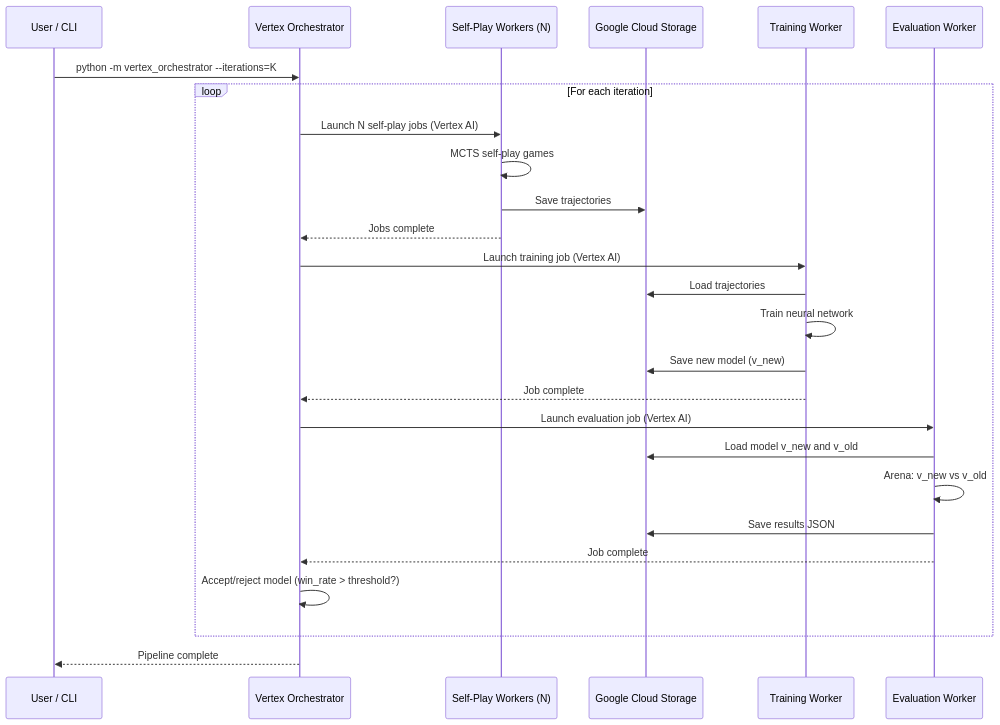
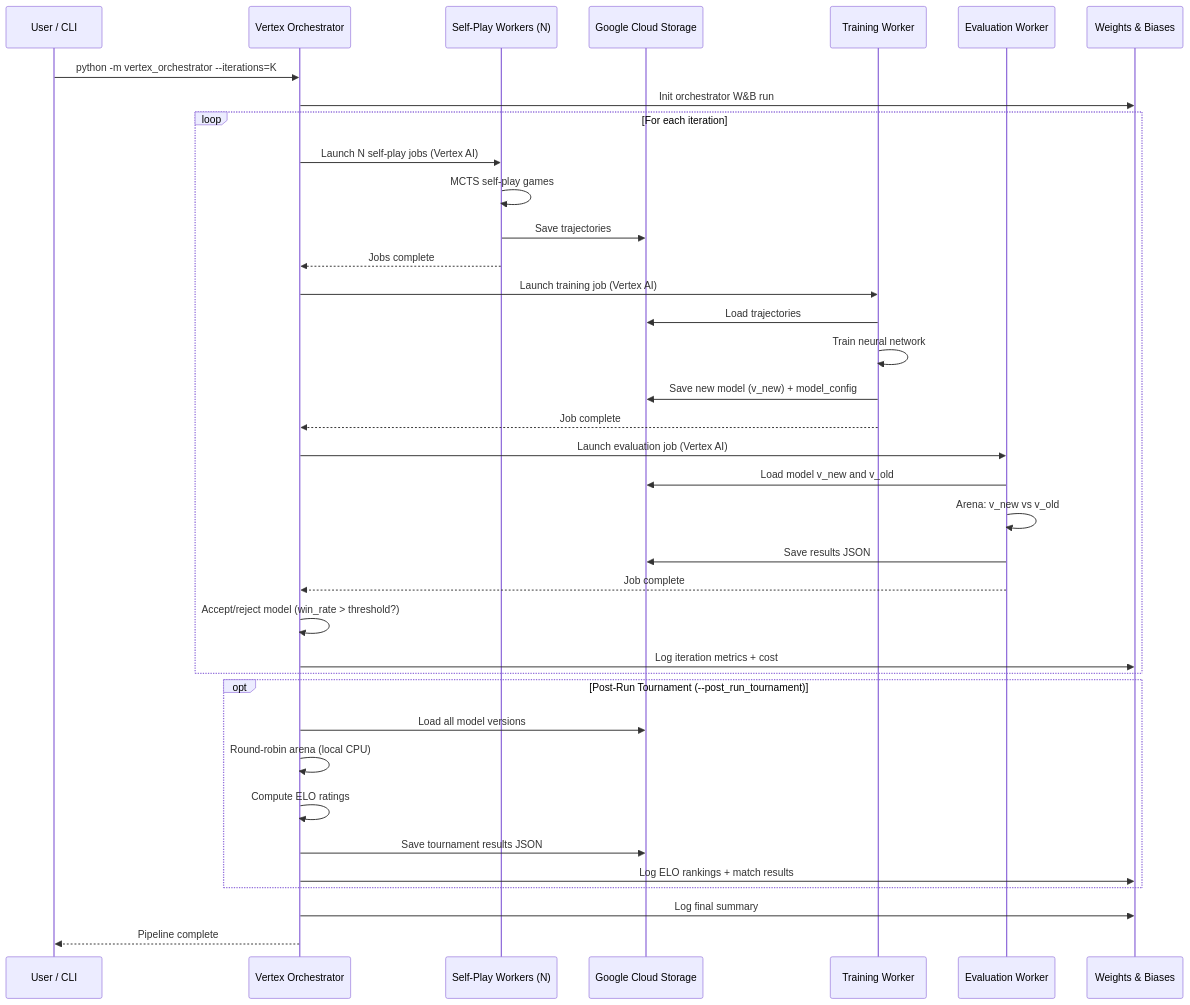
Before and after one commit to Mango-Metrics-NLM/Civ6-AlphaZero: the third of 11 diagrams in docs/architecture.md, drawn with Mermaid. The commit also changed other lines of this file and 19 other files, not shown here.

First line of the commit message:
feat: Phase 13 — Multi-iteration training & post-run evaluation (v0.10.2)

````diff
--- a/docs/architecture.md
+++ b/docs/architecture.md
@@ -120,32 +127,45 @@
 ```mermaid
 sequenceDiagram
     participant U as User / CLI
     participant O as Vertex Orchestrator
     participant SP as Self-Play Workers (N)
     participant GCS as Google Cloud Storage
     participant TR as Training Worker
     participant EV as Evaluation Worker
+    participant WB as Weights & Biases
 
     U->>O: python -m vertex_orchestrator --iterations=K
+    O->>WB: Init orchestrator W&B run
     loop For each iteration
         O->>SP: Launch N self-play jobs (Vertex AI)
         SP->>SP: MCTS self-play games
         SP->>GCS: Save trajectories
         SP-->>O: Jobs complete
 
         O->>TR: Launch training job (Vertex AI)
         TR->>GCS: Load trajectories
         TR->>TR: Train neural network
-        TR->>GCS: Save new model (v_new)
+        TR->>GCS: Save new model (v_new) + model_config
         TR-->>O: Job complete
 
         O->>EV: Launch evaluation job (Vertex AI)
         EV->>GCS: Load model v_new and v_old
         EV->>EV: Arena: v_new vs v_old
         EV->>GCS: Save results JSON
         EV-->>O: Job complete
 
         O->>O: Accept/reject model (win_rate > threshold?)
+        O->>WB: Log iteration metrics + cost
     end
+
+    opt Post-Run Tournament (--post_run_tournament)
+        O->>GCS: Load all model versions
+        O->>O: Round-robin arena (local CPU)
+        O->>O: Compute ELO ratings
+        O->>GCS: Save tournament results JSON
+        O->>WB: Log ELO rankings + match results
+    end
+
+    O->>WB: Log final summary
     O-->>U: Pipeline complete
 ```
````
